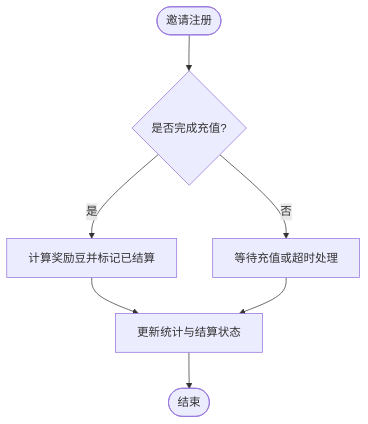
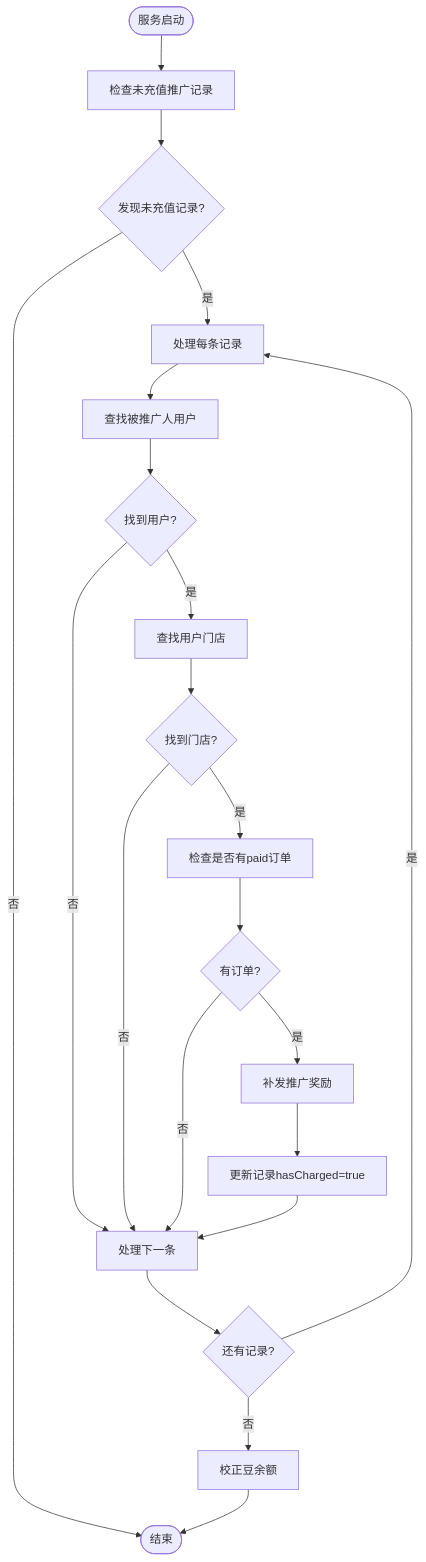
Before and after one commit to rc558620/purelyprofit-server: the seventh of 11 diagrams in .qoder/repowiki/zh/content/业务模块/会员管理模块/平台会员管理.md, drawn with Mermaid. The commit also changed other lines of this file and 8 other files, not shown here.

````diff
--- a/.qoder/repowiki/zh/content/业务模块/会员管理模块/平台会员管理.md
+++ b/.qoder/repowiki/zh/content/业务模块/会员管理模块/平台会员管理.md
@@ -313,9 +343,23 @@
 ```mermaid
 flowchart TD
-Start(["邀请注册"]) --> Charge{"是否完成充值?"}
-Charge --> |是| Reward["计算奖励豆并标记已结算"]
-Charge --> |否| Pending["等待充值或超时处理"]
-Reward --> Stats["更新统计与结算状态"]
-Pending --> Stats
-Stats --> End(["结束"])
+Start(["服务启动"]) --> Check["检查未充值推广记录"]
+Check --> Found{"发现未充值记录?"}
+Found --> |是| Process["处理每条记录"]
+Found --> |否| End(["结束"])
+Process --> FindUser["查找被推广人用户"]
+FindUser --> HasUser{"找到用户?"}
+HasUser --> |否| Next["处理下一条"]
+HasUser --> |是| FindStore["查找用户门店"]
+FindStore --> HasStore{"找到门店?"}
+HasStore --> |否| Next
+HasStore --> |是| CheckOrder["检查是否有paid订单"]
+CheckOrder --> HasOrder{"有订单?"}
+HasOrder --> |否| Next
+HasOrder --> |是| Award["补发推广奖励"]
+Award --> UpdateRecord["更新记录hasCharged=true"]
+UpdateRecord --> Next
+Next --> More{"还有记录?"}
+More --> |是| Process
+More --> |否| Reconcile["校正豆余额"]
+Reconcile --> End
 ```
````
